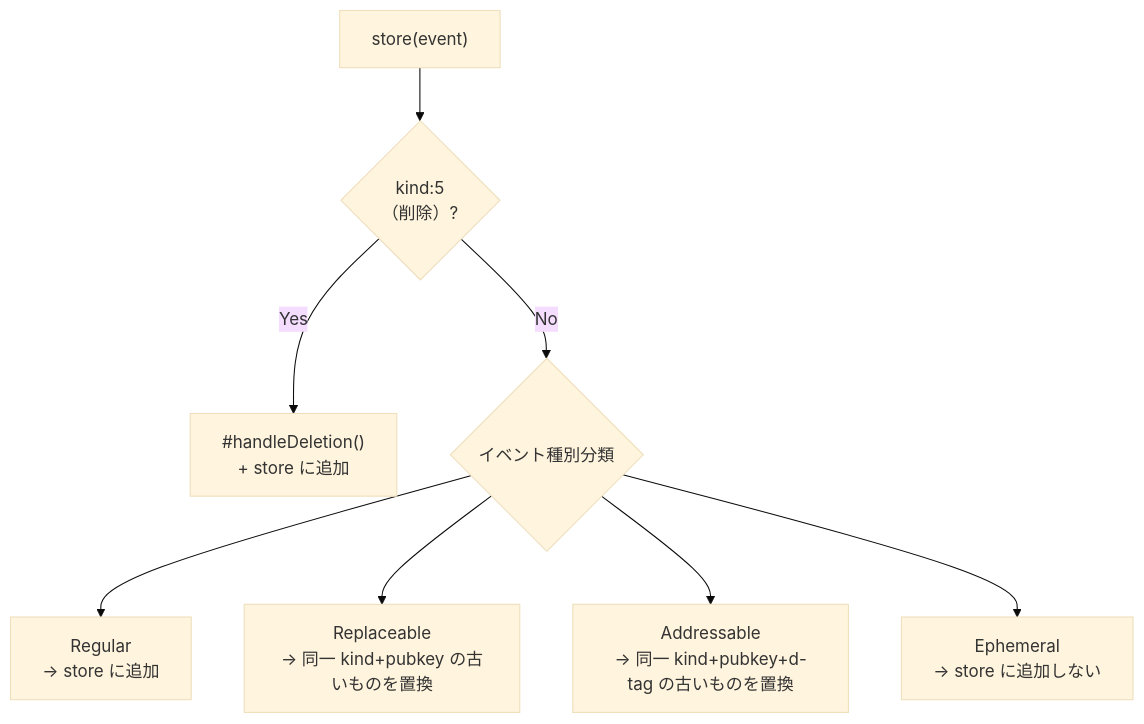
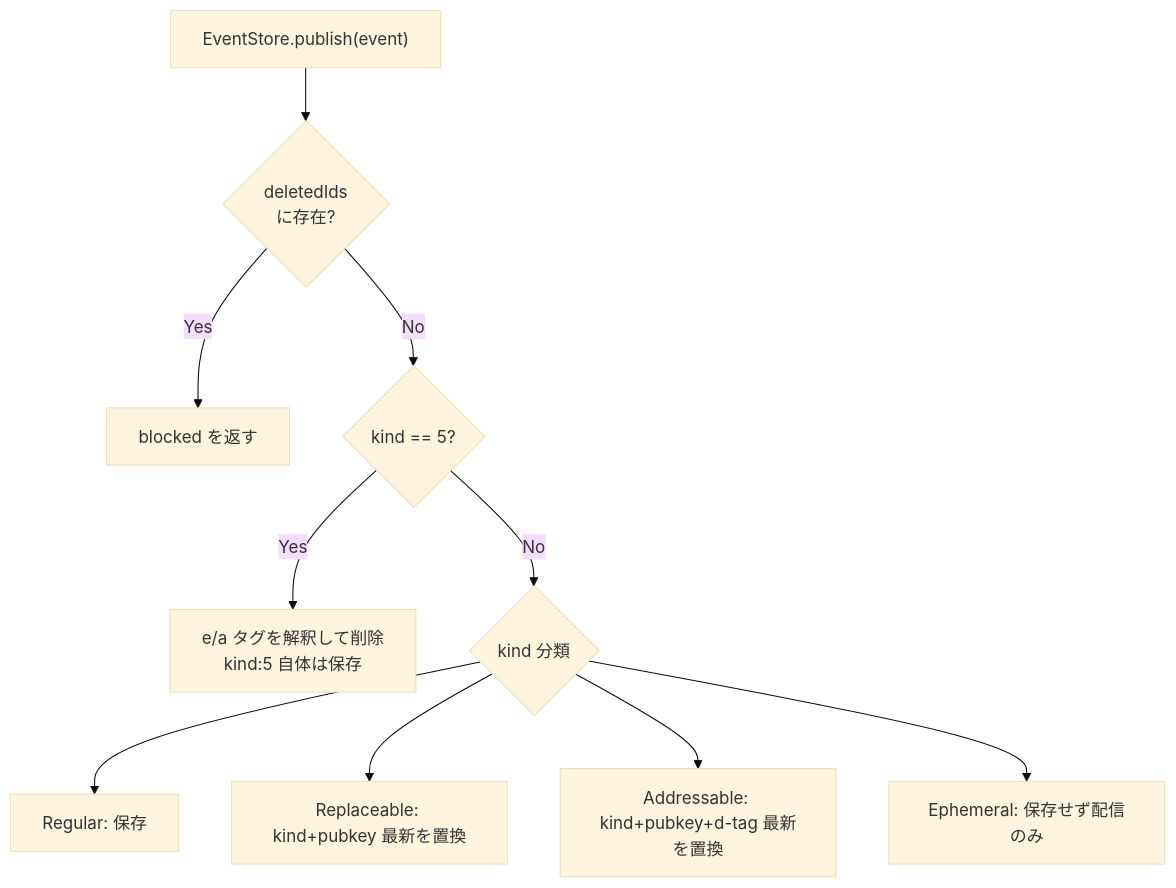
One commit to ikuradon/tsunagiya changed the fourth of 6 diagrams in docs/reference/architecture.md. Above: the diagram before and after it, drawn with Mermaid (base theme). The commit also changed other lines of this file and 84 other files, not shown here.

````diff
--- a/docs/reference/architecture.md
+++ b/docs/reference/architecture.md
@@ -284,10 +223,12 @@
 ```mermaid
 flowchart TD
-    Store["store(event)"] --> K5{"kind:5\n（削除）?"}
-    K5 -->|"Yes"| Del["#handleDeletion()\n+ store に追加"]
-    K5 -->|"No"| KClass{"イベント種別分類"}
-    KClass --> Regular["Regular\n→ store に追加"]
-    KClass --> Repl["Replaceable\n→ 同一 kind+pubkey の古いものを置換"]
-    KClass --> ParamRepl["Addressable\n→ 同一 kind+pubkey+d-tag の古いものを置換"]
-    KClass --> Ephem["Ephemeral\n→ store に追加しない"]
+    Publish["EventStore.publish(event)"] --> Deleted{"deletedIds\nに存在?"}
+    Deleted -->|"Yes"| Block["blocked を返す"]
+    Deleted -->|"No"| Kind5{"kind == 5?"}
+    Kind5 -->|"Yes"| Delete["e/a タグを解釈して削除\nkind:5 自体は保存"]
+    Kind5 -->|"No"| Classify{"kind 分類"}
+    Classify --> Regular["Regular: 保存"]
+    Classify --> Repl["Replaceable: kind+pubkey 最新を置換"]
+    Classify --> Param["Addressable: kind+pubkey+d-tag 最新を置換"]
+    Classify --> Ephem["Ephemeral: 保存せず配信のみ"]
 ```
````
